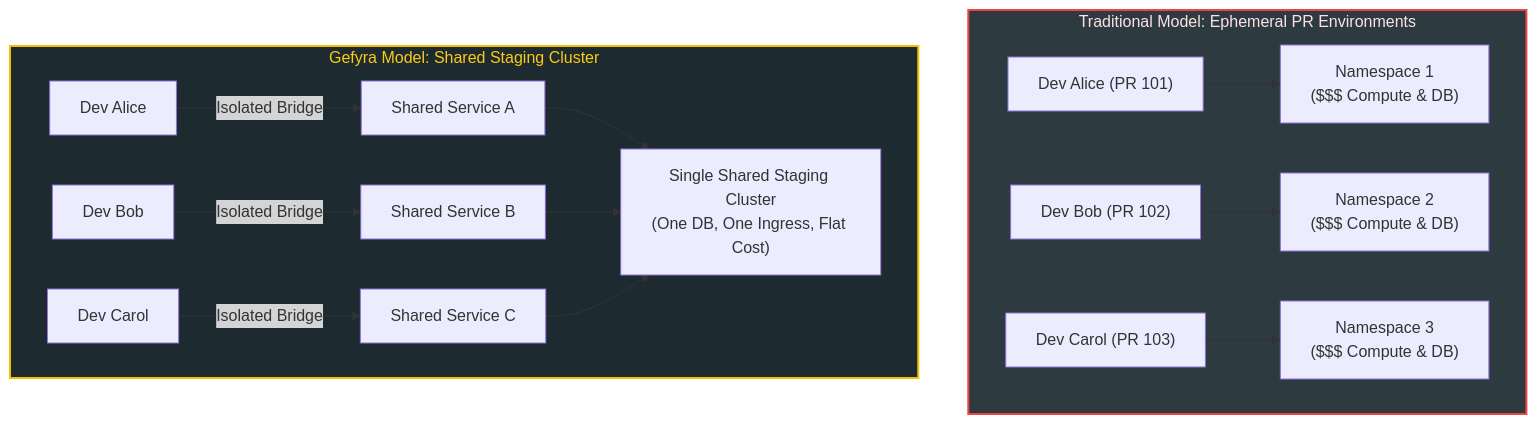
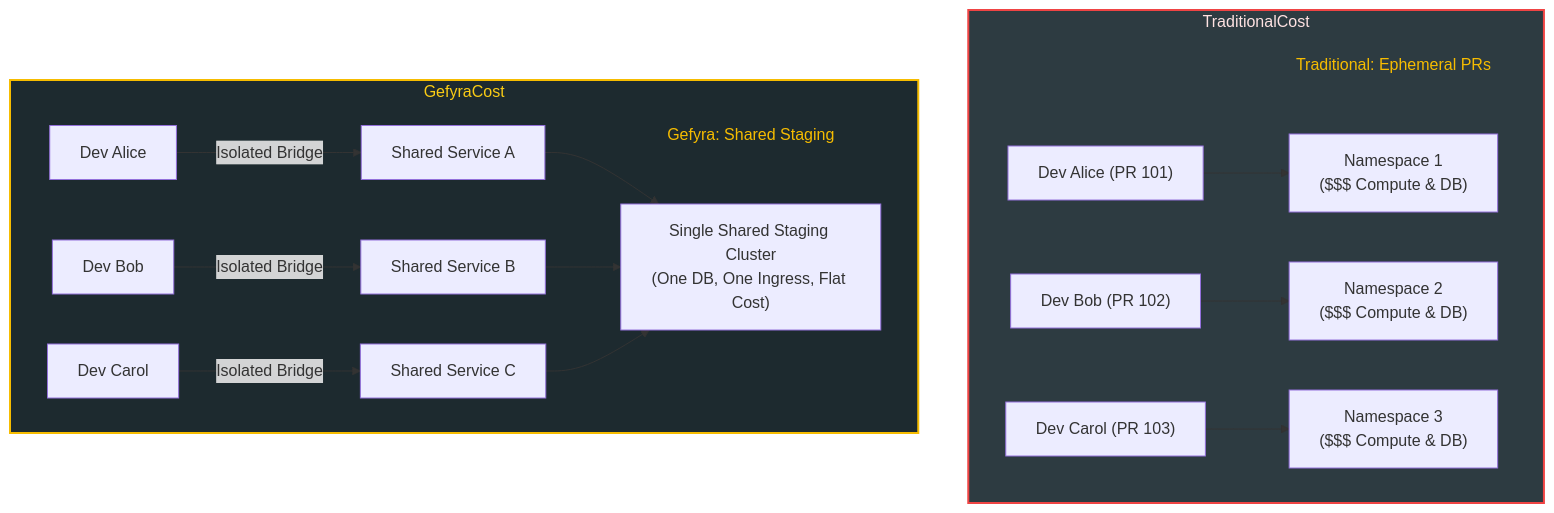
Before and after one commit to gefyrahq/gefyra: the diagram in gefyra-docs/content/en/4.team-and-enterprise/3.ci-cost-reduction.md, drawn with Mermaid. The commit also changed 11 other files, not shown here.

Commit message:
docs(#MARKETING-1226): enhance Mermaid diagrams and typography for improved clarity and consistency across documentation

````diff
--- a/gefyra-docs/content/en/4.team-and-enterprise/3.ci-cost-reduction.md
+++ b/gefyra-docs/content/en/4.team-and-enterprise/3.ci-cost-reduction.md
@@ -21,22 +21,26 @@
 ```mermaid
 flowchart TD
-    subgraph TraditionalCost["Traditional Model: Ephemeral PR Environments"]
+    subgraph TraditionalCost
         direction LR
+        TradTitle[["Traditional: Ephemeral PRs"]]
         Dev1["Dev Alice (PR 101)"] --> Cloud1["Namespace 1<br/>($$$ Compute & DB)"]
         Dev2["Dev Bob (PR 102)"] --> Cloud2["Namespace 2<br/>($$$ Compute & DB)"]
         Dev3["Dev Carol (PR 103)"] --> Cloud3["Namespace 3<br/>($$$ Compute & DB)"]
     end
 
-    subgraph GefyraCost["Gefyra Model: Shared Staging Cluster"]
+    subgraph GefyraCost
         direction LR
+        GefyraTitle[["Gefyra: Shared Staging"]]
         DevA["Dev Alice"] -->|Isolated Bridge| S1["Shared Service A"]
         DevB["Dev Bob"] -->|Isolated Bridge| S2["Shared Service B"]
         DevC["Dev Carol"] -->|Isolated Bridge| S3["Shared Service C"]
         S1 & S2 & S3 --> StagingCluster["Single Shared Staging Cluster<br/>(One DB, One Ingress, Flat Cost)"]
     end
 
+    classDef groupTitle fill:transparent,stroke:none,color:#f6bc00;
     classDef trad fill:#2d3b41,stroke:#ef4444,stroke-width:2px,color:#fee2e2;
     classDef gefyra fill:#1d2a2f,stroke:#f6bc00,stroke-width:2px,color:#facc15;
+    class TradTitle,GefyraTitle groupTitle;
     class TraditionalCost trad;
     class GefyraCost gefyra;
 ```
````
